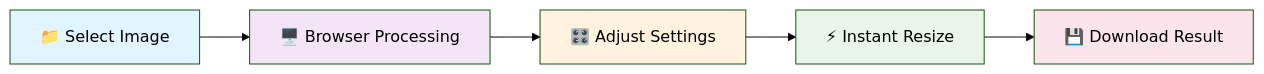
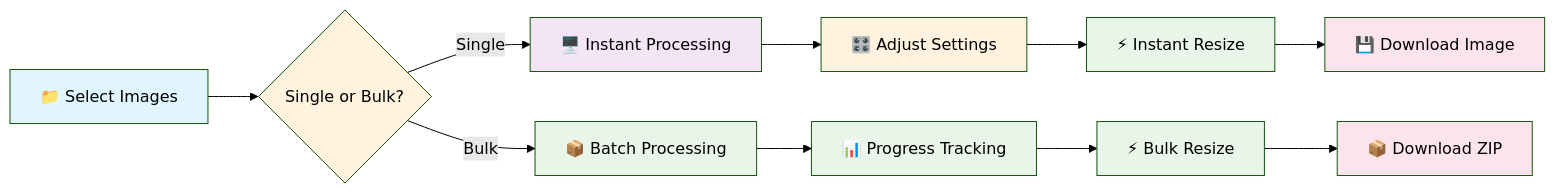
The first of 9 diagrams in README.md (27bhd/Pixscaler), drawn with Mermaid (forest theme) before and after one commit. The commit also changed other lines of this file and 3 other files, not shown here.

````diff
--- a/README.md
+++ b/README.md
@@ -26,13 +30,23 @@
 ```mermaid
 graph LR
-    A[📁 Select Image] --> B[🖥️ Browser Processing]
-    B --> C[🎛️ Adjust Settings]
-    C --> D[⚡ Instant Resize]
-    D --> E[💾 Download Result]
+    A[📁 Select Images] --> B{Single or Bulk?}
+    B -->|Single| C[🖥️ Instant Processing]
+    B -->|Bulk| D[📦 Batch Processing]
+    C --> E[🎛️ Adjust Settings]
+    D --> F[📊 Progress Tracking]
+    E --> G[⚡ Instant Resize]
+    F --> H[⚡ Bulk Resize]
+    G --> I[💾 Download Image]
+    H --> J[📦 Download ZIP]
     
     style A fill:#e1f5fe
-    style B fill:#f3e5f5
-    style C fill:#fff3e0
+    style B fill:#fff3e0
+    style C fill:#f3e5f5
     style D fill:#e8f5e8
-    style E fill:#fce4ec
+    style E fill:#fff3e0
+    style F fill:#e8f5e8
+    style G fill:#e8f5e8
+    style H fill:#e8f5e8
+    style I fill:#fce4ec
+    style J fill:#fce4ec
 ```
````
